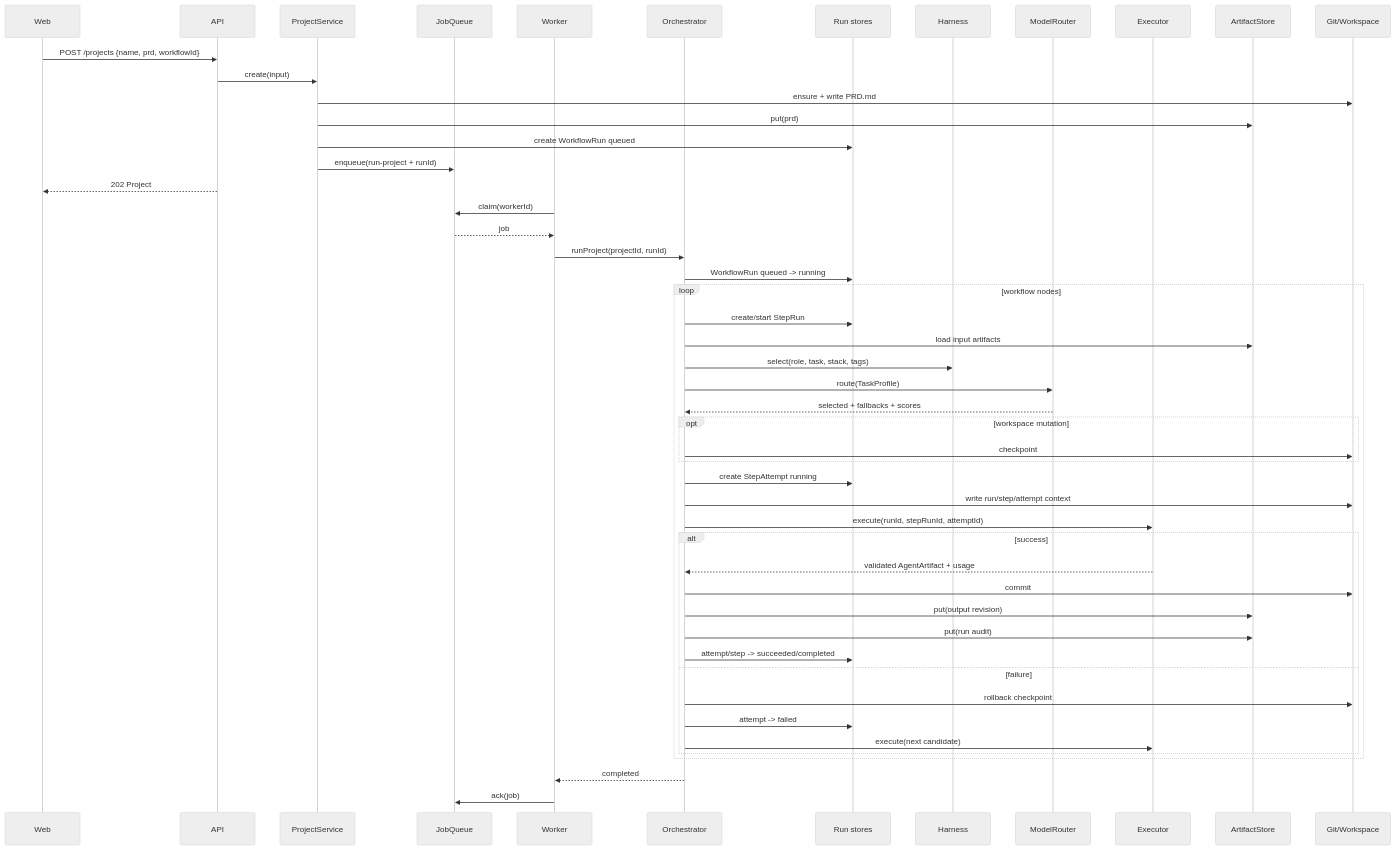
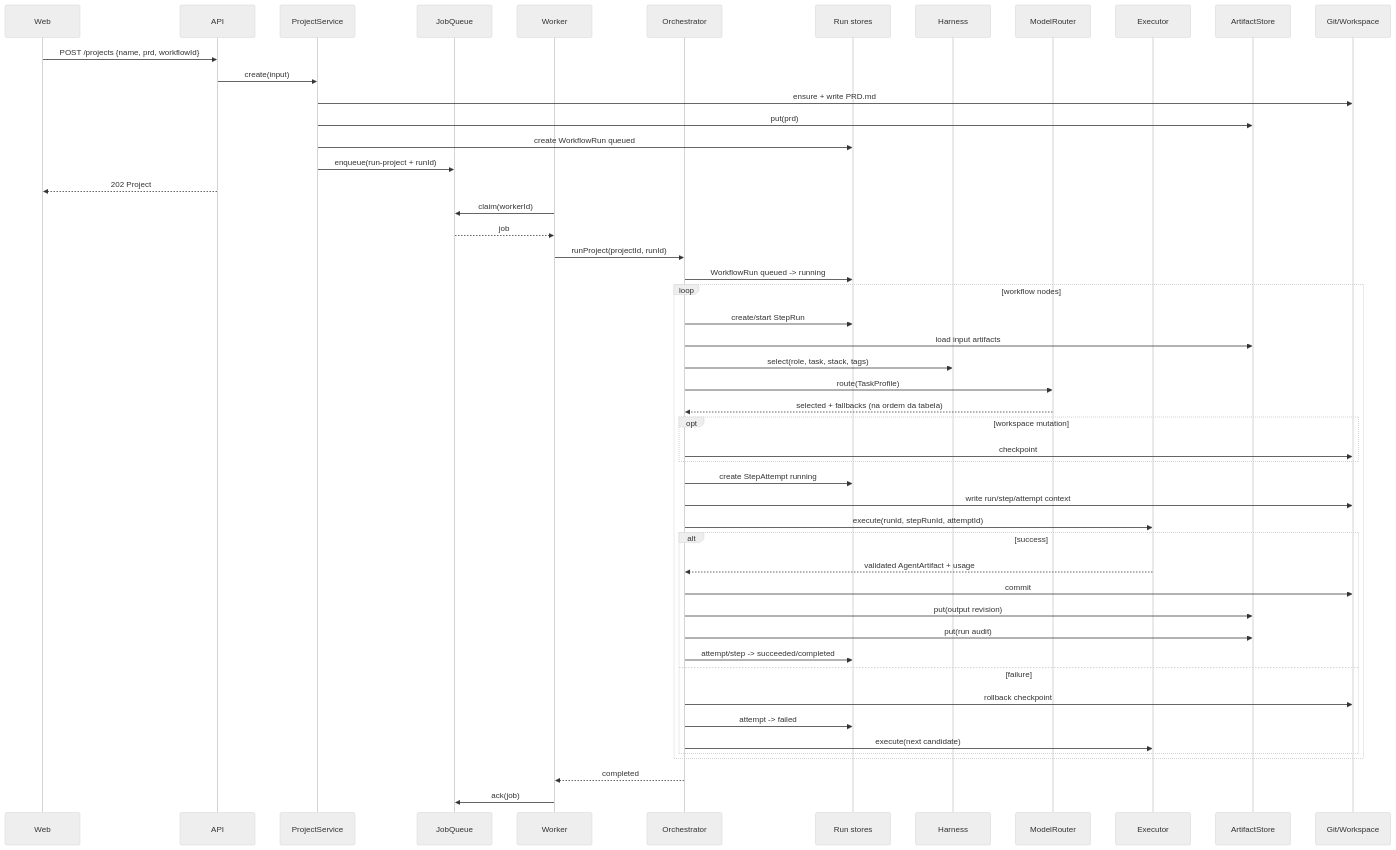
One commit to eedsilva/agent-foundry changed the second of 2 diagrams in docs/ARCHITECTURE.md. Above: the diagram before and after it, drawn with Mermaid (neutral theme). The commit also changed other lines of this file and 3 other files, not shown here.

````diff
--- a/docs/ARCHITECTURE.md
+++ b/docs/ARCHITECTURE.md
@@ -140,56 +140,56 @@
 ```mermaid
 sequenceDiagram
     participant UI as Web
     participant API as API
     participant PS as ProjectService
     participant Q as JobQueue
     participant W as Worker
     participant O as Orchestrator
     participant S as Run stores
     participant H as Harness
     participant R as ModelRouter
     participant E as Executor
     participant A as ArtifactStore
     participant G as Git/Workspace
 
     UI->>API: POST /projects {name, prd, workflowId}
     API->>PS: create(input)
     PS->>G: ensure + write PRD.md
     PS->>A: put(prd)
     PS->>S: create WorkflowRun queued
     PS->>Q: enqueue(run-project + runId)
     API-->>UI: 202 Project
 
     W->>Q: claim(workerId)
     Q-->>W: job
     W->>O: runProject(projectId, runId)
     O->>S: WorkflowRun queued -> running
 
     loop workflow nodes
       O->>S: create/start StepRun
       O->>A: load input artifacts
       O->>H: select(role, task, stack, tags)
       O->>R: route(TaskProfile)
-      R-->>O: selected + fallbacks + scores
+      R-->>O: selected + fallbacks (na ordem da tabela)
       opt workspace mutation
         O->>G: checkpoint
       end
       O->>S: create StepAttempt running
       O->>G: write run/step/attempt context
       O->>E: execute(runId, stepRunId, attemptId)
       alt success
         E-->>O: validated AgentArtifact + usage
         O->>G: commit
         O->>A: put(output revision)
         O->>A: put(run audit)
         O->>S: attempt/step -> succeeded/completed
       else failure
         O->>G: rollback checkpoint
         O->>S: attempt -> failed
         O->>E: execute(next candidate)
       end
     end
 
     O-->>W: completed
     W->>Q: ack(job)
 ```
````
